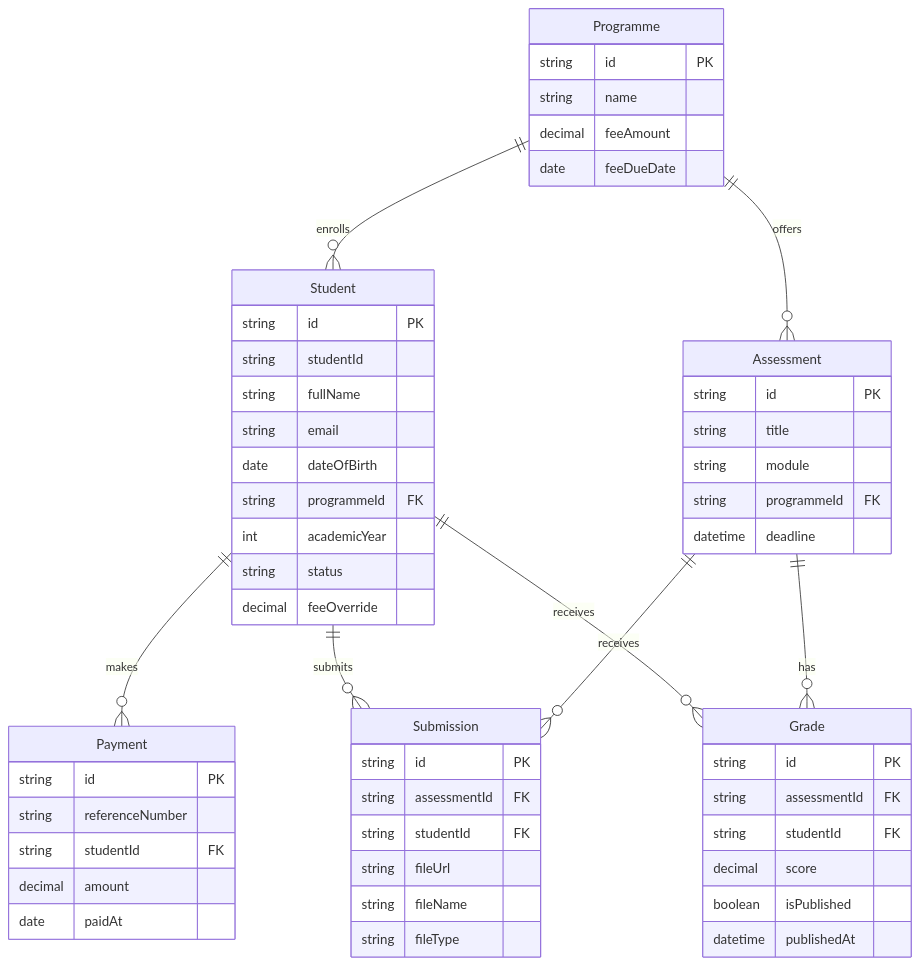
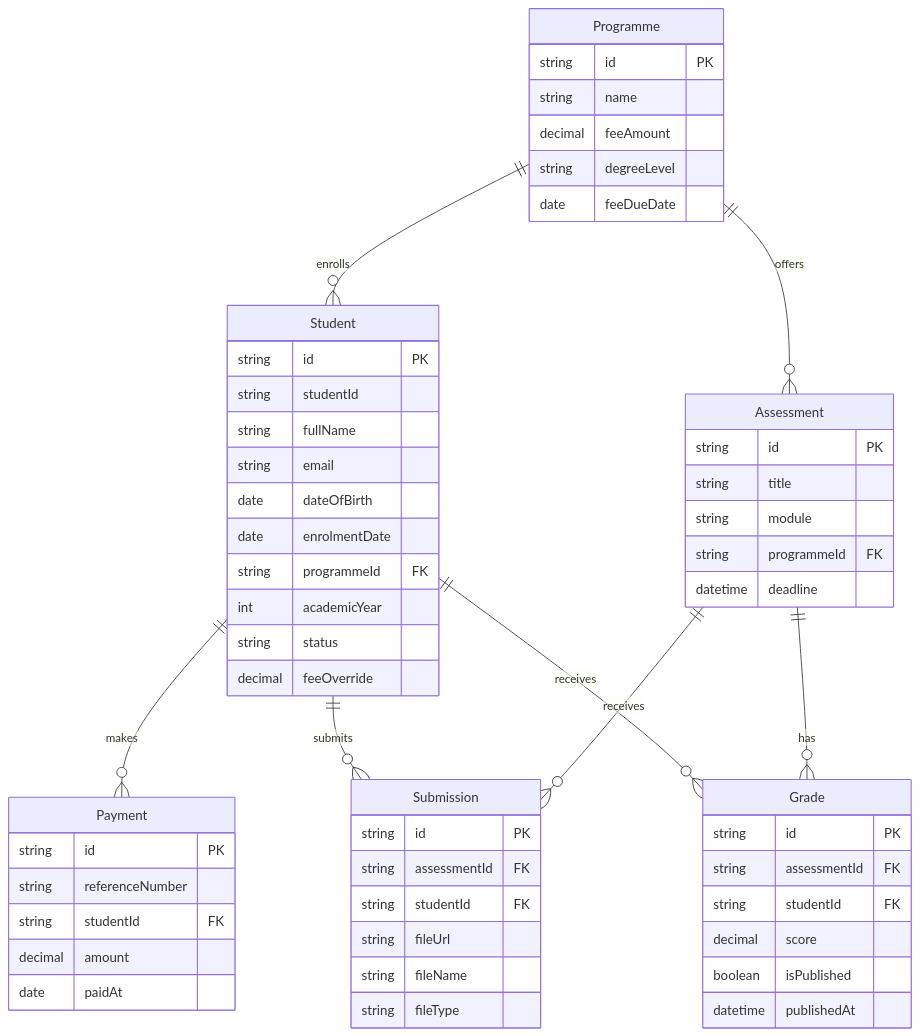
One commit to thinkGrow/sms-registry changed the diagram in README.md. Above: the diagram before and after it, drawn with Mermaid. The commit also changed other lines of this file and 10 other files, not shown here.

Commit message:
feat: bill fees in per-year installments anchored to each student's own enrolment date

````diff
--- a/README.md
+++ b/README.md
@@ -19,57 +19,59 @@
 ```mermaid
 erDiagram
     Programme ||--o{ Student : enrolls
     Student ||--o{ Payment : makes
     Programme ||--o{ Assessment : offers
     Student ||--o{ Submission : submits
     Assessment ||--o{ Submission : receives
     Student ||--o{ Grade : receives
     Assessment ||--o{ Grade : has
     Programme {
         string id PK
         string name
         decimal feeAmount
+        string degreeLevel
         date feeDueDate
     }
     Student {
         string id PK
         string studentId
         string fullName
         string email
         date dateOfBirth
+        date enrolmentDate
         string programmeId FK
         int academicYear
         string status
         decimal feeOverride
     }
     Payment {
         string id PK
         string referenceNumber
         string studentId FK
         decimal amount
         date paidAt
     }
     Assessment {
         string id PK
         string title
         string module
         string programmeId FK
         datetime deadline
     }
     Submission {
         string id PK
         string assessmentId FK
         string studentId FK
         string fileUrl
         string fileName
         string fileType
     }
     Grade {
         string id PK
         string assessmentId FK
         string studentId FK
         decimal score
         boolean isPublished
         datetime publishedAt
     }
 ```
````
